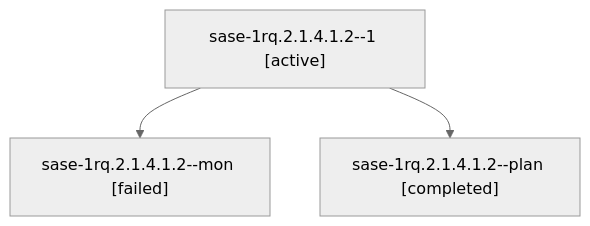
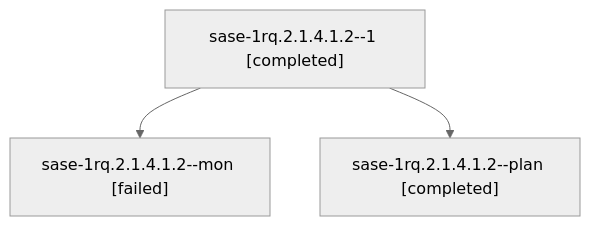
The diagram in sessions/bbugyi200.athena.sase-1rq.2.1.4.1.2.md (sase-org/sase--agents), drawn with Mermaid (neutral theme) before and after one commit. The commit also changed other lines of this file and 125 other files, not shown here.

````diff
--- a/sessions/bbugyi200.athena.sase-1rq.2.1.4.1.2.md
+++ b/sessions/bbugyi200.athena.sase-1rq.2.1.4.1.2.md
@@ -9,8 +9,8 @@
 ```mermaid
 flowchart TD
-  n0["sase-1rq.2.1.4.1.2--1 [active]"]
+  n0["sase-1rq.2.1.4.1.2--1 [completed]"]
   n1["sase-1rq.2.1.4.1.2--mon [failed]"]
   n0 --> n1
   n2["sase-1rq.2.1.4.1.2--plan [completed]"]
   n0 --> n2
 ```
````
